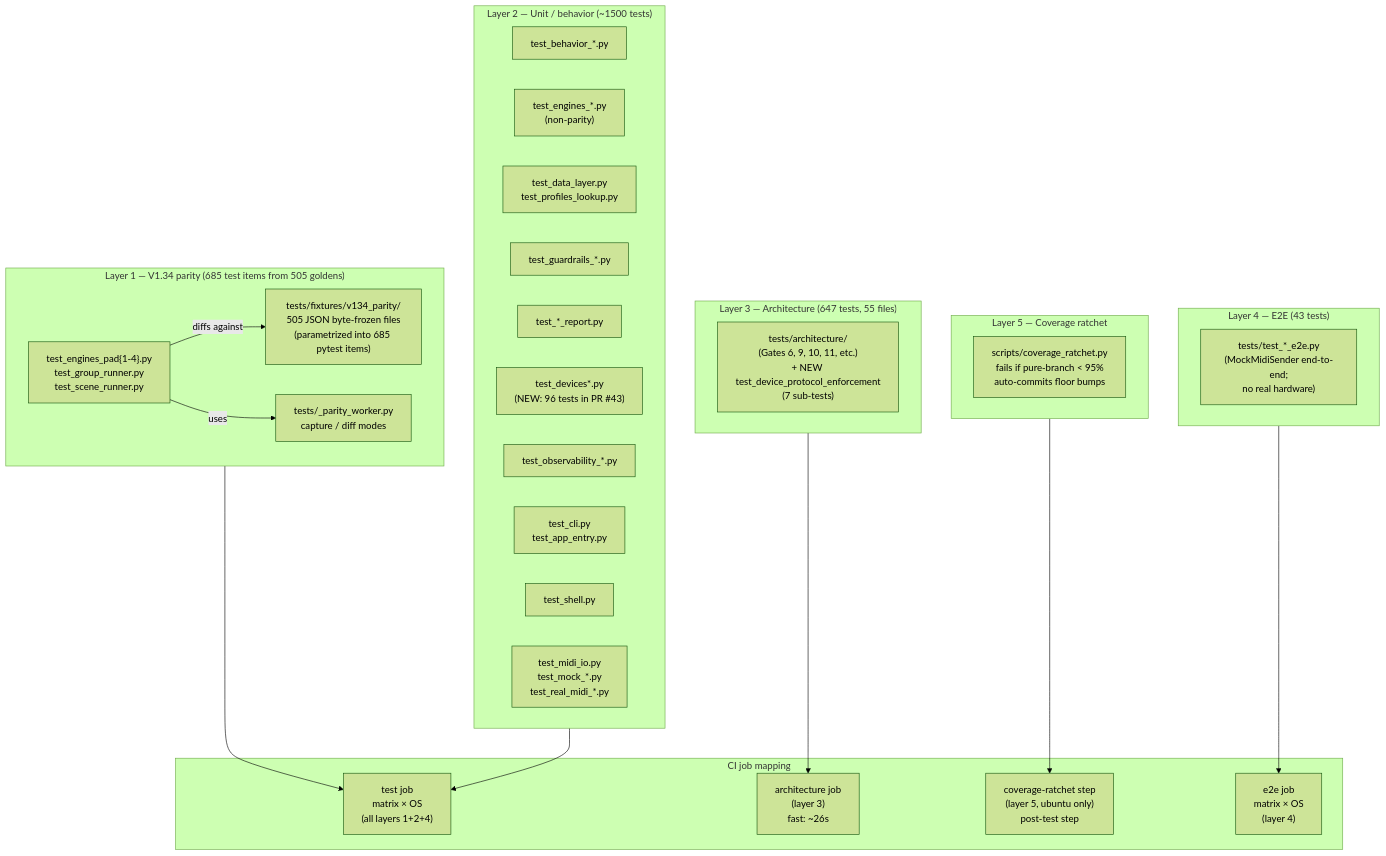
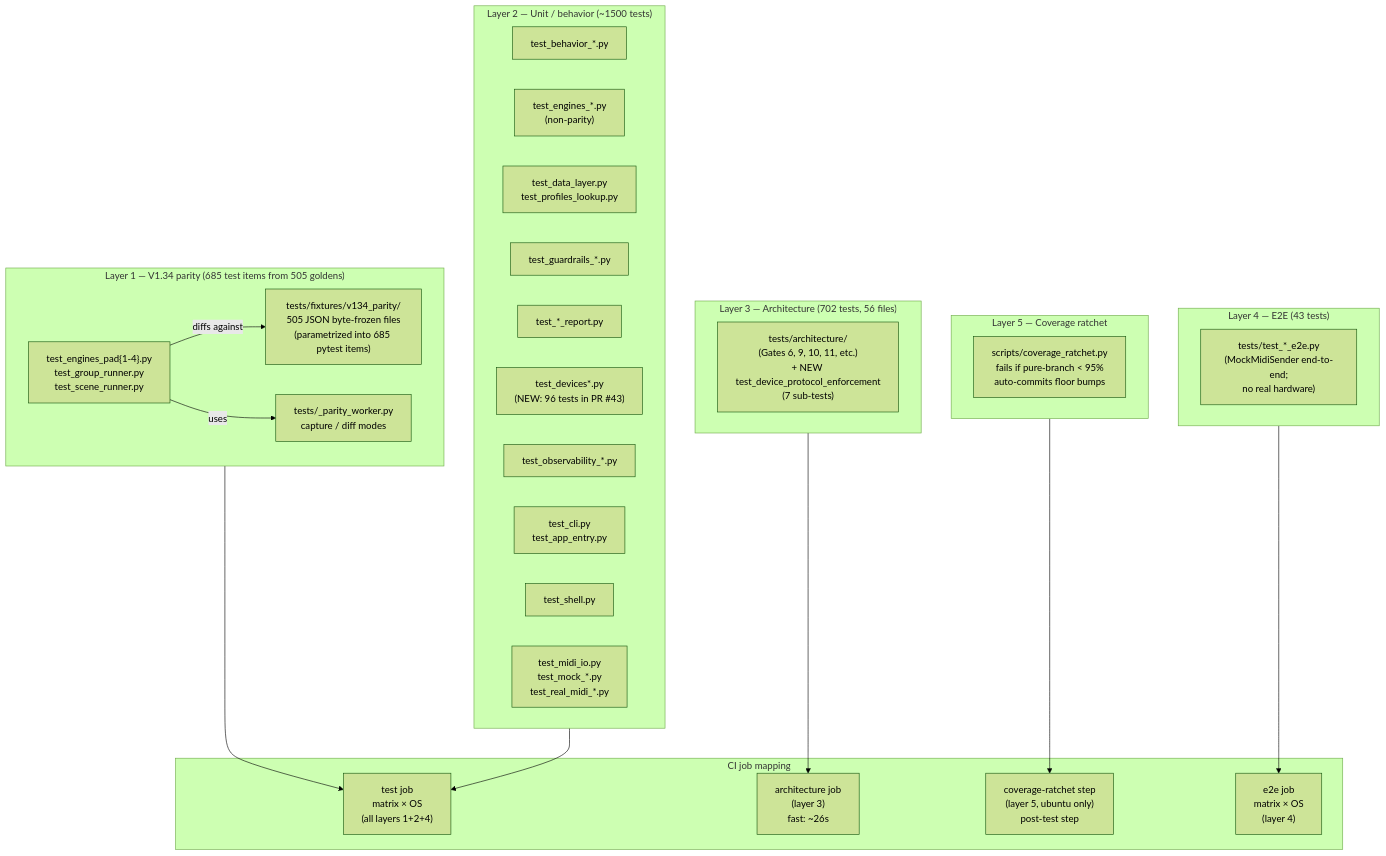
Diagram 13 of 34 in docs/ARCHITECTURE_DIAGRAMS.md (buzzijose-hub/RytmRandomizer), drawn with Mermaid (forest theme) before and after one commit. The commit also changed other lines of this file and 107 other files, not shown here.

````diff
--- a/docs/ARCHITECTURE_DIAGRAMS.md
+++ b/docs/ARCHITECTURE_DIAGRAMS.md
@@ -978,49 +978,49 @@
 ```mermaid
 flowchart TB
     subgraph Layer1["Layer 1 — V1.34 parity (685 test items from 505 goldens)"]
         Goldens["tests/fixtures/v134_parity/<br/>505 JSON byte-frozen files<br/>(parametrized into 685 pytest items)"]
         ParityTests["test_engines_pad{1-4}.py<br/>test_group_runner.py<br/>test_scene_runner.py"]
         ParityWorker["tests/_parity_worker.py<br/>capture / diff modes"]
     end
 
     subgraph Layer2["Layer 2 — Unit / behavior (~1500 tests)"]
         BehaviorTests["test_behavior_*.py"]
         EngineUnits["test_engines_*.py<br/>(non-parity)"]
         DataTests["test_data_layer.py<br/>test_profiles_lookup.py"]
         GuardrailsTests["test_guardrails_*.py"]
         ReportsTests["test_*_report.py"]
         DeviceTests["test_devices*.py<br/>(NEW: 96 tests in PR #43)"]
         ObservabilityTests["test_observability_*.py"]
         CliTests["test_cli.py<br/>test_app_entry.py"]
         ShellTests["test_shell.py"]
         MidiTests["test_midi_io.py<br/>test_mock_*.py<br/>test_real_midi_*.py"]
     end
 
-    subgraph Layer3["Layer 3 — Architecture (647 tests, 55 files)"]
+    subgraph Layer3["Layer 3 — Architecture (702 tests, 56 files)"]
         ArchTests["tests/architecture/<br/>(Gates 6, 9, 10, 11, etc.)<br/>+ NEW test_device_protocol_enforcement<br/>(7 sub-tests)"]
     end
 
     subgraph Layer4["Layer 4 — E2E (43 tests)"]
         E2ETests["tests/test_*_e2e.py<br/>(MockMidiSender end-to-end;<br/>no real hardware)"]
     end
 
     subgraph Layer5["Layer 5 — Coverage ratchet"]
         CovScript["scripts/coverage_ratchet.py<br/>fails if pure-branch < 95%<br/>auto-commits floor bumps"]
     end
 
     subgraph CIJobs["CI job mapping"]
         TestJob["test job<br/>matrix × OS<br/>(all layers 1+2+4)"]
         ArchJob["architecture job<br/>(layer 3)<br/>fast: ~26s"]
         CovJob["coverage-ratchet step<br/>(layer 5, ubuntu only)<br/>post-test step"]
         E2EJob["e2e job<br/>matrix × OS<br/>(layer 4)"]
     end
 
     Layer1 --> TestJob
     Layer2 --> TestJob
     Layer3 --> ArchJob
     Layer4 --> E2EJob
     Layer5 --> CovJob
 
     ParityTests -->|"diffs against"| Goldens
     ParityTests -->|"uses"| ParityWorker
 ```
````
